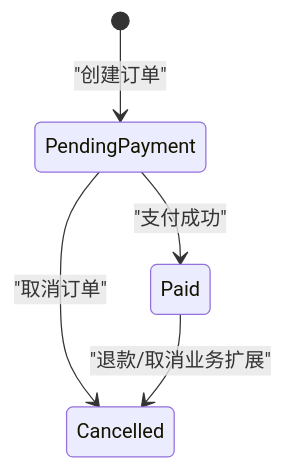
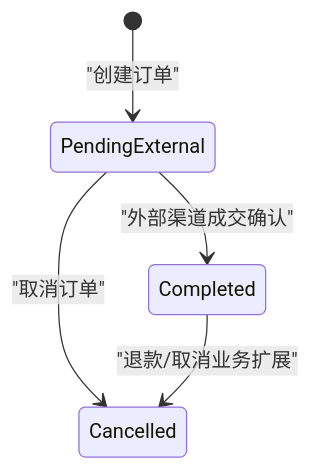
One commit to Ichi-Hackton/WAIC-WeChat-MiniProgram changed the fifth of 10 diagrams in .qoder/repowiki/zh/content/云端服务/SKILL服务端点/星巴克咖啡SKILL.md. Above: the diagram before and after it, drawn with Mermaid. The commit also changed other lines of this file and 26 other files, not shown here.

````diff
--- a/.qoder/repowiki/zh/content/云端服务/SKILL服务端点/星巴克咖啡SKILL.md
+++ b/.qoder/repowiki/zh/content/云端服务/SKILL服务端点/星巴克咖啡SKILL.md
@@ -256,7 +320,7 @@
 ```mermaid
 stateDiagram-v2
-[*] --> PendingPayment : "创建订单"
-PendingPayment --> Paid : "支付成功"
-PendingPayment --> Cancelled : "取消订单"
-Paid --> Cancelled : "退款/取消业务扩展"
+[*] --> PendingExternal : "创建订单"
+PendingExternal --> Completed : "外部渠道成交确认"
+PendingExternal --> Cancelled : "取消订单"
+Completed --> Cancelled : "退款/取消业务扩展"
 ```
````
